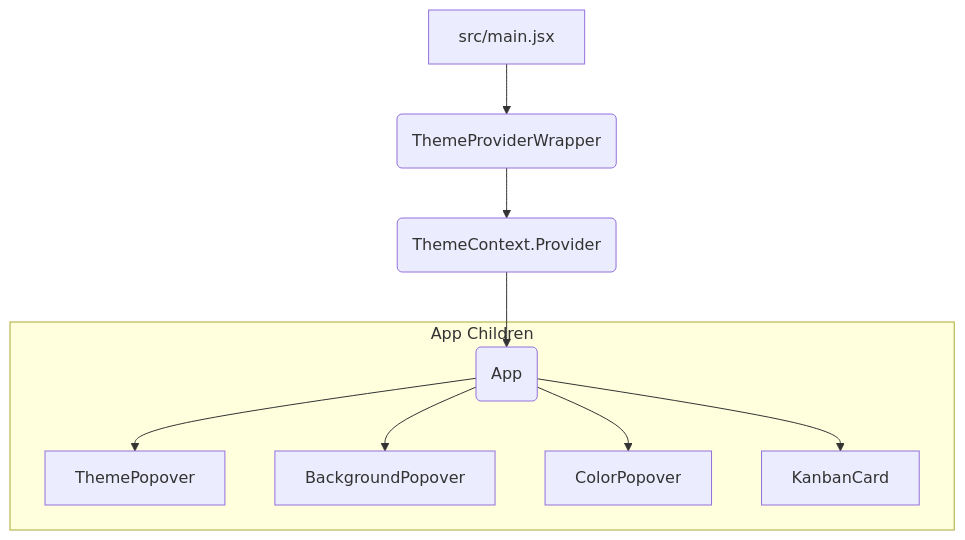
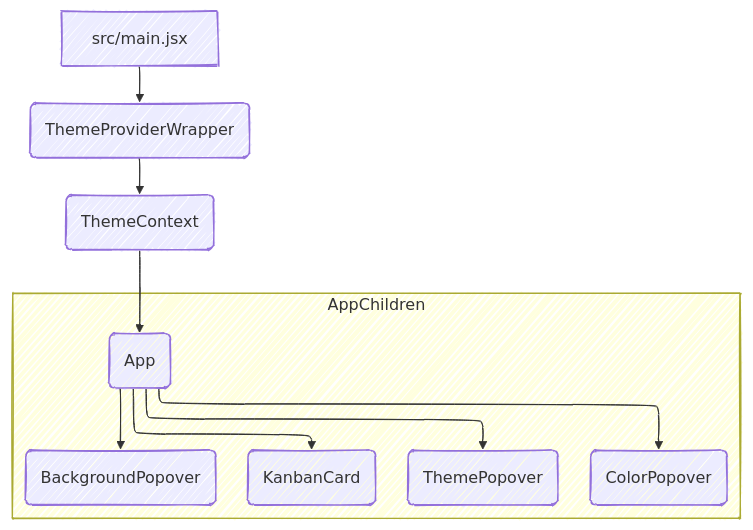
One commit to sahilVishnaniLog/glassmorphicDisplay changed the first of 2 diagrams in diagram.md. Above: the diagram before and after it, drawn with Mermaid. The commit also changed other lines of this file and 9 other files, not shown here.

````diff
--- a/diagram.md
+++ b/diagram.md
@@ -3,15 +3,22 @@
 ```mermaid
-graph TD
+---
+config:
+  theme: default
+  layout: elk
+  look: handDrawn
+---
+flowchart TB
+ subgraph AppChildren["AppChildren"]
+        E("KanbanCard")
+        D("App")
+        F("ThemePopover")
+        G("BackgroundPopover")
+        H("ColorPopover")
+  end
+    A["src/main.jsx"] --> B("ThemeProviderWrapper")
+    B --> C("ThemeContext")
+    C --> D
+    D --> E & F & G & H
 
-  A[src/main.jsx] --> B(ThemeProviderWrapper);
-    B --> C(ThemeContext.Provider);
-    C --> D(App);
-
-    subgraph App Children
-        D --> E[ThemePopover];
-        D --> F[BackgroundPopover];
-        D --> G[ColorPopover];
-        D --> H[KanbanCard];
-    end
 
 ```
````
